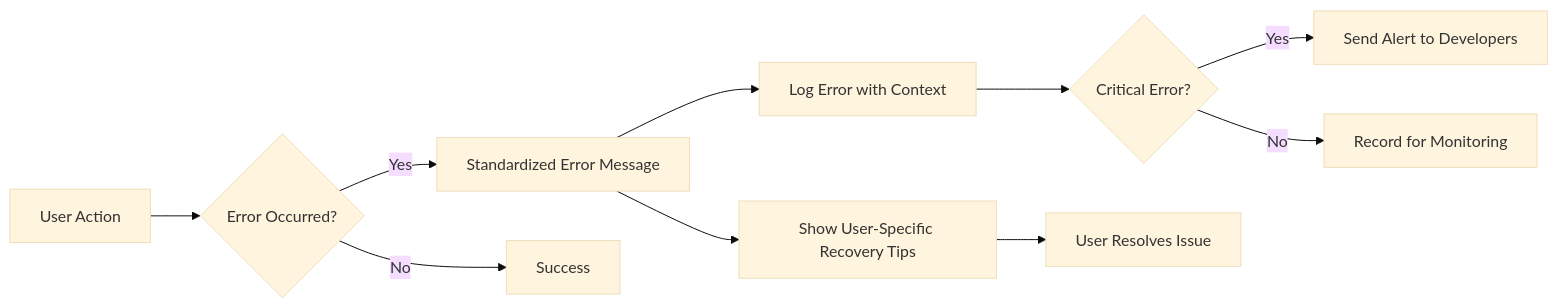
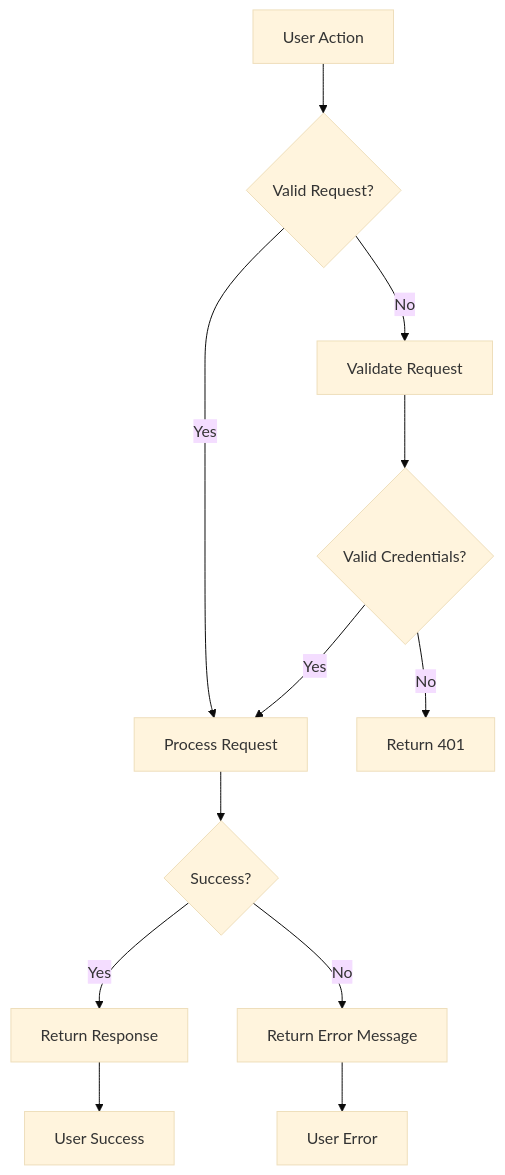
The diagram in qwen/qwen3-30b-a3b-thinking-2507/todo/docs/analysis/08-exception-handling.md (wrtnlabs/autobe-examples), drawn with Mermaid (base theme) before and after one commit. The commit also changed other lines of this file and 11104 other files, not shown here.

````diff
--- a/qwen/qwen3-30b-a3b-thinking-2507/todo/docs/analysis/08-exception-handling.md
+++ b/qwen/qwen3-30b-a3b-thinking-2507/todo/docs/analysis/08-exception-handling.md
@@ -131,12 +88,14 @@
 ```mermaid
-graph LR
-  A[User Action] --> B{Error Occurred?}
-  B -->|Yes| C[Standardized Error Message]
-  B -->|No| D[Success]
-  C --> E[Log Error with Context]
-  E --> F{Critical Error?}
-  F -->|Yes| G[Send Alert to Developers]
-  F -->|No| H[Record for Monitoring]
-  C --> I[Show User-Specific Recovery Tips]
-  I --> J[User Resolves Issue]
+graph TD
+    A[User Action] --> B{Valid Request?}
+    B -->|Yes| C[Process Request]
+    B -->|No| D[Validate Request]
+    D --> E{Valid Credentials?}
+    E -->|Yes| C
+    E -->|No| F[Return 401]
+    C --> G{Success?}
+    G -->|Yes| H[Return Response]
+    G -->|No| I[Return Error Message]
+    H --> J[User Success]
+    I --> K[User Error]
 ```
````
